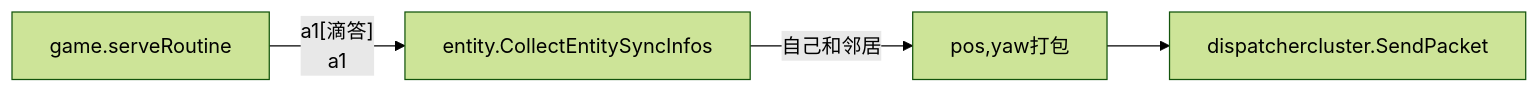
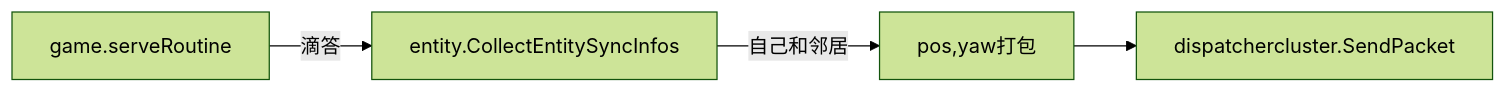
The third of 3 diagrams in 9.项目阅读笔记/4.3entity.md (hammercui/book-list), drawn with Mermaid (forest theme) before and after one commit.

Commit message:
add: 阅读笔记

````diff
--- a/9.项目阅读笔记/4.3entity.md
+++ b/9.项目阅读笔记/4.3entity.md
@@ -69,7 +69,6 @@
 ```mermaid
 graph LR
-	a[game.serveRoutine]--a1[滴答]
-    a1-->b[entity.CollectEntitySyncInfos]
+	a[game.serveRoutine]--滴答-->b[entity.CollectEntitySyncInfos]
     b--自己和邻居-->c[pos,yaw打包]
     c-->d[dispatchercluster.SendPacket]
 ```
````
